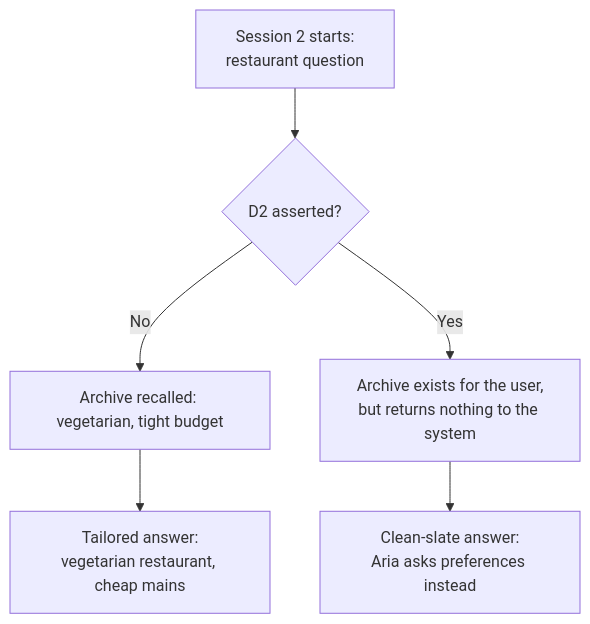
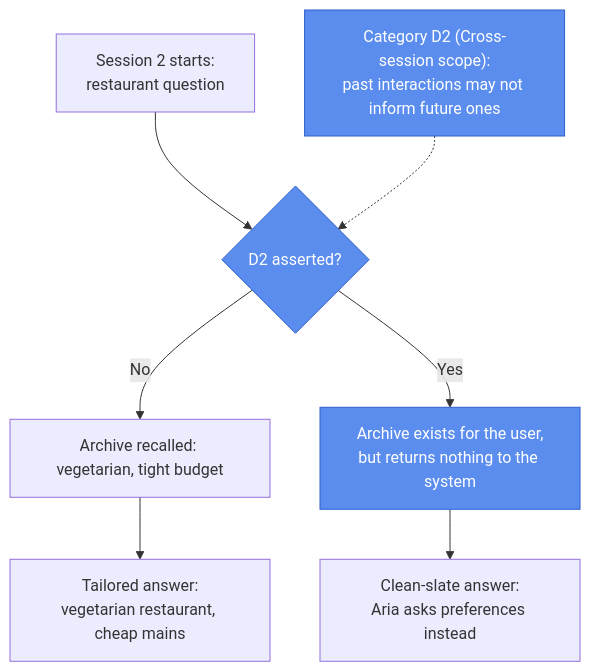
The second of 3 diagrams in prototype-7/README.md (privacy-tech-lab/gpc-ai-agents-prototypes), drawn with Mermaid before and after one commit. The commit also changed other lines of this file and 6 other files, not shown here.

````diff
--- a/prototype-7/README.md
+++ b/prototype-7/README.md
@@ -32,8 +36,12 @@
 ```mermaid
 flowchart TD
     newsession["Session 2 starts:<br/>restaurant question"] --> gate2{"D2 asserted?"}
     gate2 -- "No" --> recall["Archive recalled: vegetarian, tight budget"]
     recall --> tailored["Tailored answer:<br/>vegetarian restaurant, cheap mains"]
     gate2 -- "Yes" --> fresh["Archive exists for the user,<br/>but returns nothing to the system"]
     fresh --> generic["Clean-slate answer:<br/>Aria asks preferences instead"]
+
+    classDef category fill:#5b8def,stroke:#2f5fce,color:#fff
+    class gate2,fresh category
+    D2cat["Category D2 (Cross-session scope):<br/>past interactions may not inform future ones"]:::category -.-> gate2
 ```
````
